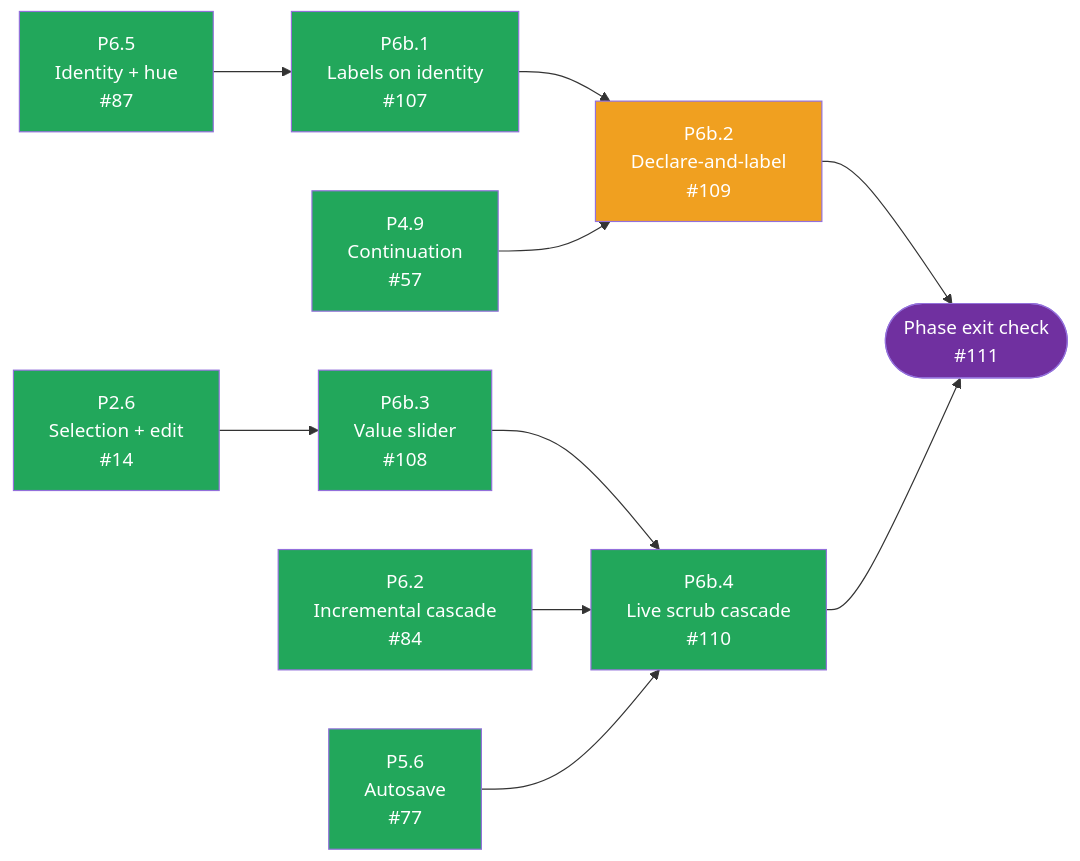
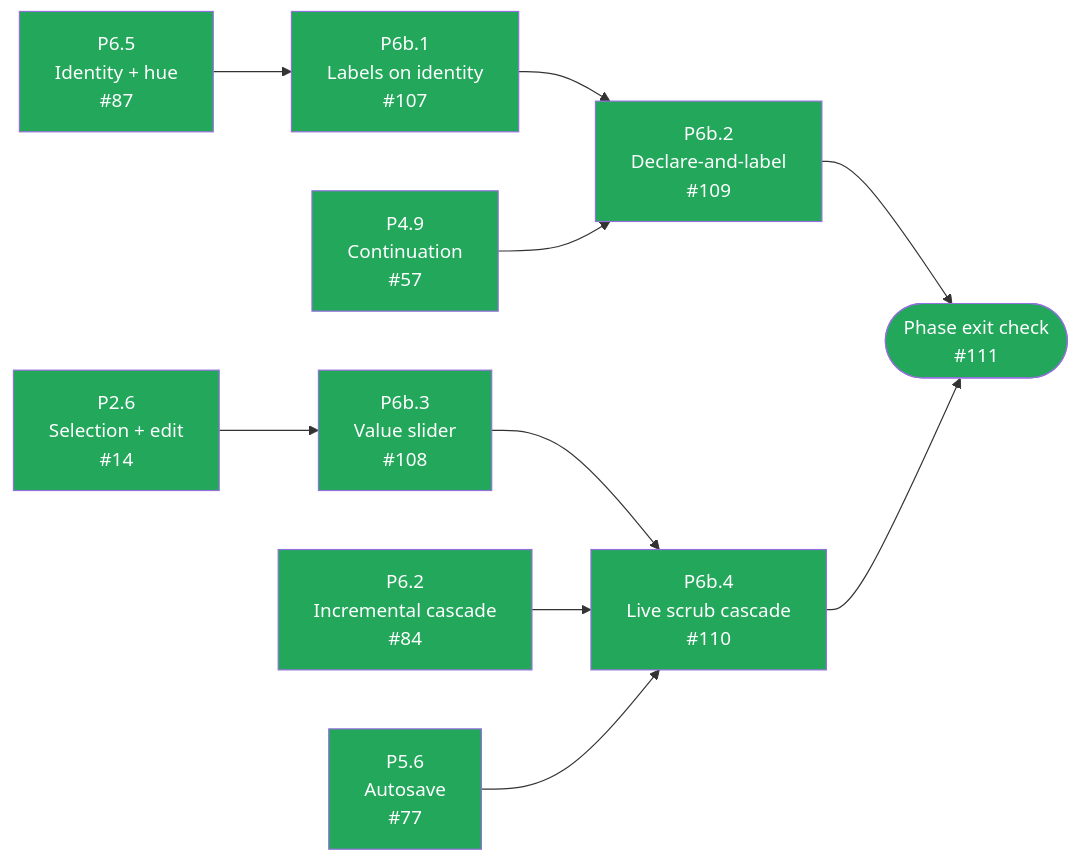
One commit to tousifosman/CalcMind changed the sixth of 6 diagrams in docs/DEVELOPMENT_PLAN.md. Above: the diagram before and after it, drawn with Mermaid. The commit also changed other lines of this file and 2 other files, not shown here.

````diff
--- a/docs/DEVELOPMENT_PLAN.md
+++ b/docs/DEVELOPMENT_PLAN.md
@@ -1176,35 +1177,35 @@
 ```mermaid
 flowchart LR
     P65["P6.5<br/>Identity + hue<br/>#87"]
     P49["P4.9<br/>Continuation<br/>#57"]
     P26["P2.6<br/>Selection + edit<br/>#14"]
     P62["P6.2<br/>Incremental cascade<br/>#84"]
     P56["P5.6<br/>Autosave<br/>#77"]
     P6b1["P6b.1<br/>Labels on identity<br/>#107"]
     P6b2["P6b.2<br/>Declare-and-label<br/>#109"]
     P6b3["P6b.3<br/>Value slider<br/>#108"]
     P6b4["P6b.4<br/>Live scrub cascade<br/>#110"]
     EXIT(["Phase exit check<br/>#111"])
 
     P65 --> P6b1
     P6b1 --> P6b2
     P49 --> P6b2
     P26 --> P6b3
     P6b3 --> P6b4
     P62 --> P6b4
     P56 --> P6b4
 
     P6b2 --> EXIT
     P6b4 --> EXIT
 
     style P65 fill:#22A75B,color:#fff
     style P49 fill:#22A75B,color:#fff
     style P26 fill:#22A75B,color:#fff
     style P62 fill:#22A75B,color:#fff
     style P56 fill:#22A75B,color:#fff
     style P6b1 fill:#22A75B,color:#fff
-    style P6b2 fill:#F0A020,color:#fff
+    style P6b2 fill:#22A75B,color:#fff
     style P6b3 fill:#22A75B,color:#fff
     style P6b4 fill:#22A75B,color:#fff
-    style EXIT fill:#7030A0,color:#fff
+    style EXIT fill:#22A75B,color:#fff
 ```
````
